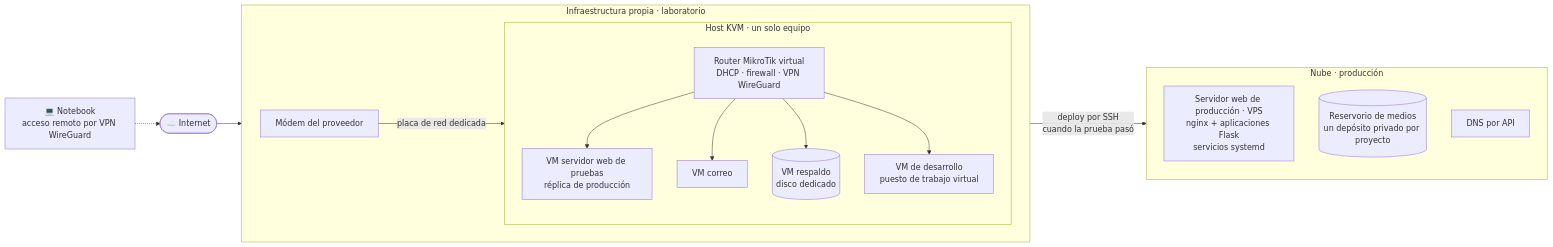
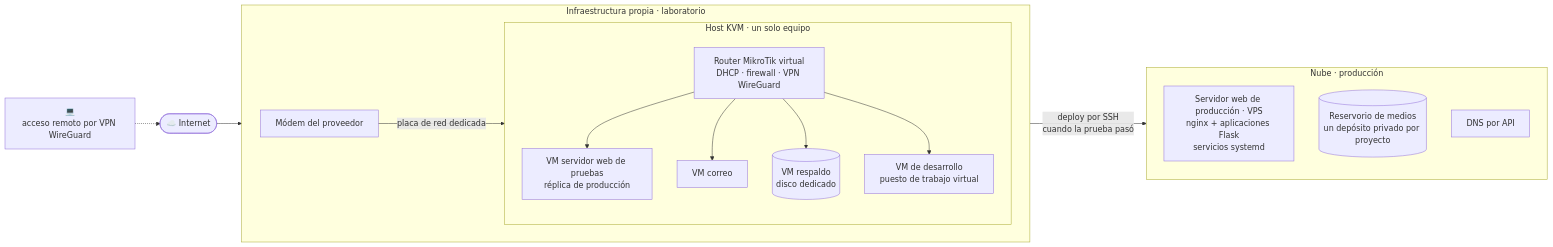
One commit to druidatech-net/infraestructura-druidatech changed the first of 3 diagrams in README.md. Above: the diagram before and after it, drawn with Mermaid.

Commit message:
Diagrama: solo el símbolo de la notebook

````diff
--- a/README.md
+++ b/README.md
@@ -25,24 +25,24 @@
 ```mermaid
 flowchart LR
-    N[💻 Notebook<br/>acceso remoto por VPN WireGuard] -.-> I([☁️ Internet])
+    N[💻<br/>acceso remoto por VPN WireGuard] -.-> I([☁️ Internet])
     I --> M
     subgraph LAB[Infraestructura propia · laboratorio]
         direction LR
         M[Módem del proveedor] -->|placa de red dedicada| K
         subgraph H[Host KVM · un solo equipo]
             direction TB
             K[Router MikroTik virtual<br/>DHCP · firewall · VPN WireGuard]
             K --> W[VM servidor web de pruebas<br/>réplica de producción]
             K --> C[VM correo]
             K --> B[(VM respaldo<br/>disco dedicado)]
             K --> A[VM de desarrollo<br/>puesto de trabajo virtual]
         end
     end
     subgraph NUBE[Nube · producción]
         direction TB
         V[Servidor web de producción · VPS<br/>nginx + aplicaciones Flask<br/>servicios systemd]
         S[(Reservorio de medios<br/>un depósito privado por proyecto)]
         D[DNS por API]
     end
     W -->|"deploy por SSH<br/>cuando la prueba pasó"| V
 ```
````
